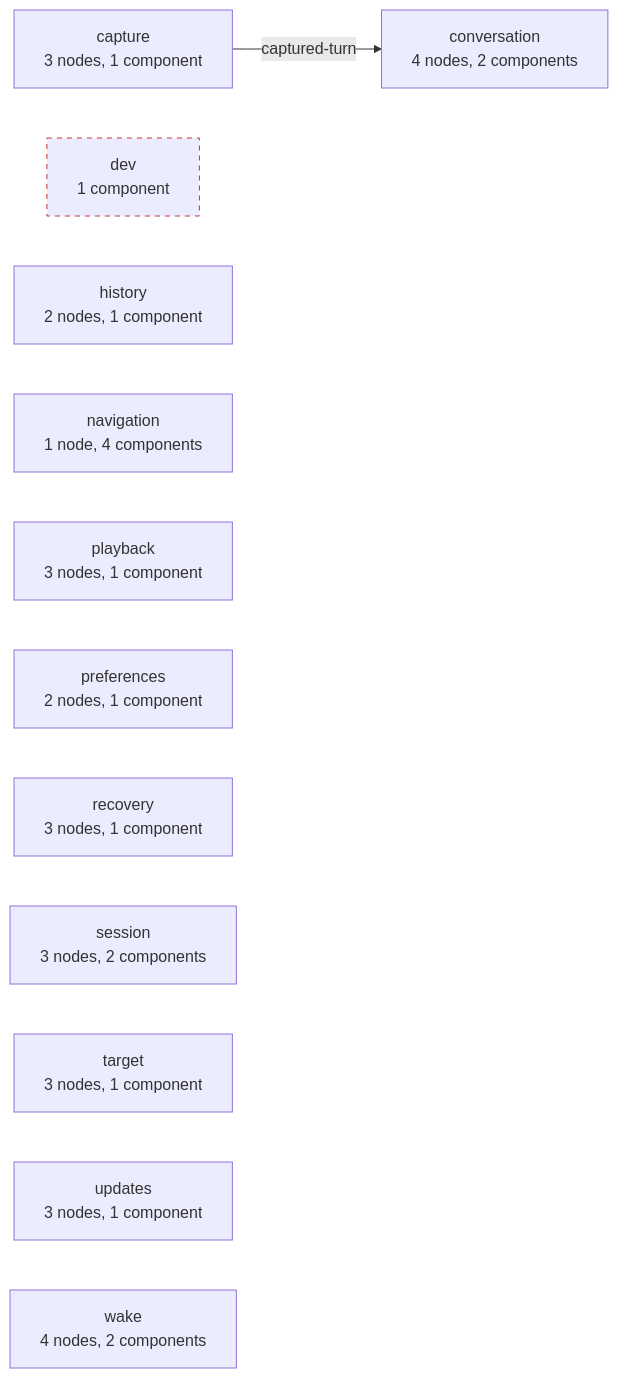
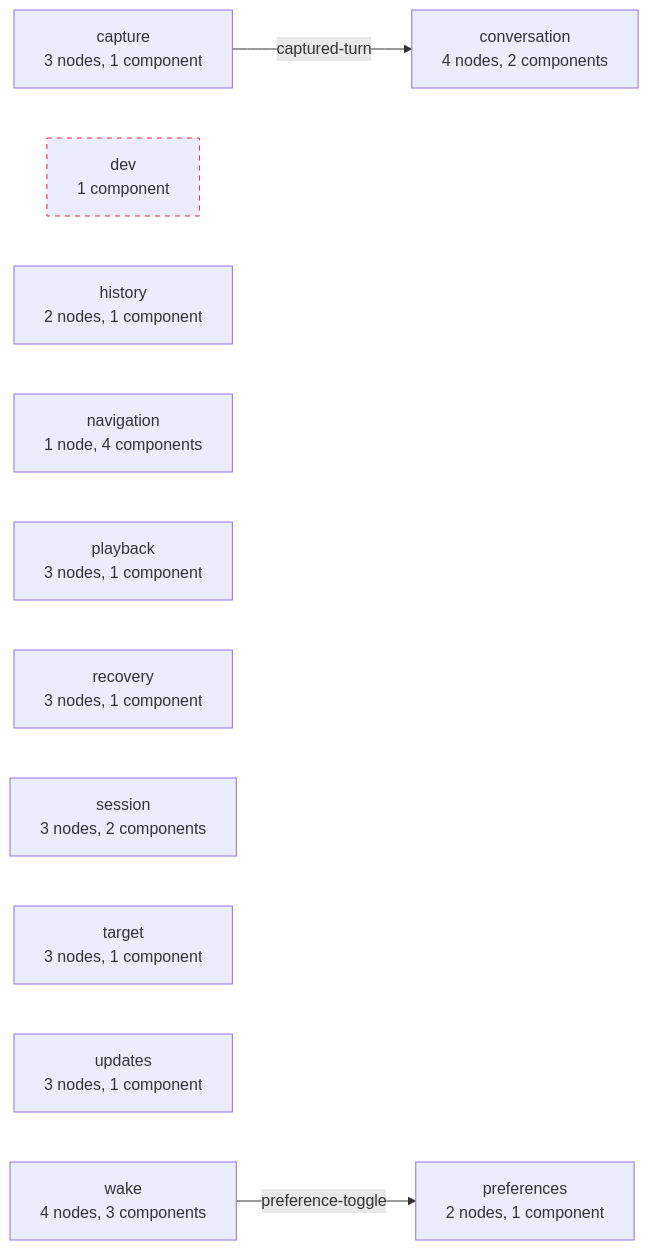
The diagram in android/audio-inbox/product-spec/generated/link-product.domains.mmd (adelost/agentmux), drawn with Mermaid before and after one commit. The commit also changed 27 other files, not shown here.

```diff
--- a/android/audio-inbox/product-spec/generated/link-product.domains.mmd
+++ b/android/audio-inbox/product-spec/generated/link-product.domains.mmd
@@ -1,23 +1,24 @@
 %% GENERATED FILE. DO NOT EDIT.
 %% GENERATED FROM product-spec/generated/link-product.json (port bindings) and
 %% product-spec/src/capabilities.ts (STATE_FEEDBACK rows, dashed).
 %% A dashed red domain has no port binding at all, not even inside itself: nothing
 %% reaches it and it reaches nothing. A domain wired only inside itself is an island
 %% and is drawn like any other; islands are modules, not debt. A dashed edge is
 %% state read or written without a port: the distance between the declared graph
 %% and the app.
 graph LR
   capture["capture<br/>3 nodes, 1 component"]
   conversation["conversation<br/>4 nodes, 2 components"]
   dev["dev<br/>1 component"]
   history["history<br/>2 nodes, 1 component"]
   navigation["navigation<br/>1 node, 4 components"]
   playback["playback<br/>3 nodes, 1 component"]
   preferences["preferences<br/>2 nodes, 1 component"]
   recovery["recovery<br/>3 nodes, 1 component"]
   session["session<br/>3 nodes, 2 components"]
   target["target<br/>3 nodes, 1 component"]
   updates["updates<br/>3 nodes, 1 component"]
-  wake["wake<br/>4 nodes, 2 components"]
+  wake["wake<br/>4 nodes, 3 components"]
   capture -->|"captured-turn"| conversation
+  wake -->|"preference-toggle"| preferences
   style dev stroke-dasharray: 5 5,stroke:#c33
```
